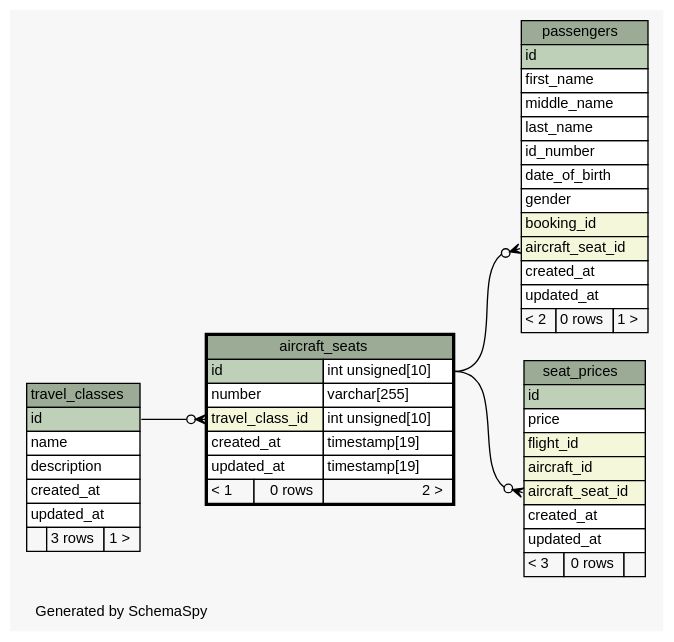
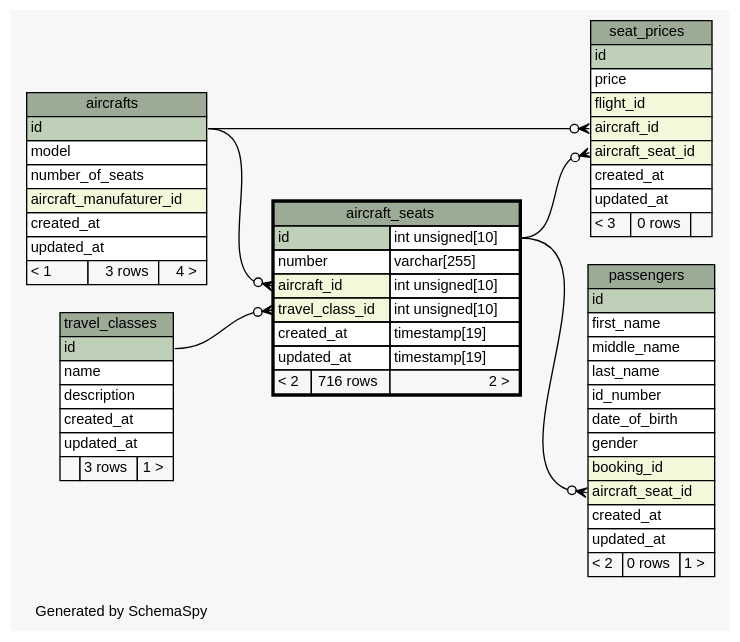
The diagram in web/app/database/schema/diagrams/aircraft_seats.1degree.dot (joaonzangoII/flightbookingsystem), drawn with Graphviz before and after one commit. The commit also changed 149 other files, not shown here.

```diff
--- a/web/app/database/schema/diagrams/aircraft_seats.1degree.dot
+++ b/web/app/database/schema/diagrams/aircraft_seats.1degree.dot
@@ -1,89 +1,107 @@
 // dot 2.38.0 on Linux 4.8.0-46-generic
 // SchemaSpy rev 590
 digraph "oneDegreeRelationshipsDiagram" {
   graph [
     rankdir="RL"
     bgcolor="#f7f7f7"
     label="\nGenerated by SchemaSpy"
     labeljust="l"
     nodesep="0.18"
     ranksep="0.46"
     fontname="Helvetica"
     fontsize="11"
   ];
   node [
     fontname="Helvetica"
     fontsize="11"
     shape="plaintext"
   ];
   edge [
     arrowsize="0.8"
   ];
+  "aircraft_seats":"aircraft_id":w -> "aircrafts":"id":e [arrowhead=none dir=back arrowtail=crowodot];
   "aircraft_seats":"travel_class_id":w -> "travel_classes":"id":e [arrowhead=none dir=back arrowtail=crowodot];
   "passengers":"aircraft_seat_id":w -> "aircraft_seats":"id.type":e [arrowhead=none dir=back arrowtail=crowodot];
+  "seat_prices":"aircraft_id":w -> "aircrafts":"id":e [arrowhead=none dir=back arrowtail=crowodot];
   "seat_prices":"aircraft_seat_id":w -> "aircraft_seats":"id.type":e [arrowhead=none dir=back arrowtail=crowodot];
   "aircraft_seats" [
     label=<
     <TABLE BORDER="2" CELLBORDER="1" CELLSPACING="0" BGCOLOR="#ffffff">
       <TR><TD COLSPAN="3" BGCOLOR="#9bab96" ALIGN="CENTER">aircraft_seats</TD></TR>
       <TR><TD PORT="id" COLSPAN="2" BGCOLOR="#bed1b8" ALIGN="LEFT">id</TD><TD PORT="id.type" ALIGN="LEFT">int unsigned[10]</TD></TR>
       <TR><TD PORT="number" COLSPAN="2" ALIGN="LEFT">number</TD><TD PORT="number.type" ALIGN="LEFT">varchar[255]</TD></TR>
+      <TR><TD PORT="aircraft_id" COLSPAN="2" BGCOLOR="#f4f7da" ALIGN="LEFT">aircraft_id</TD><TD PORT="aircraft_id.type" ALIGN="LEFT">int unsigned[10]</TD></TR>
       <TR><TD PORT="travel_class_id" COLSPAN="2" BGCOLOR="#f4f7da" ALIGN="LEFT">travel_class_id</TD><TD PORT="travel_class_id.type" ALIGN="LEFT">int unsigned[10]</TD></TR>
       <TR><TD PORT="created_at" COLSPAN="2" ALIGN="LEFT">created_at</TD><TD PORT="created_at.type" ALIGN="LEFT">timestamp[19]</TD></TR>
       <TR><TD PORT="updated_at" COLSPAN="2" ALIGN="LEFT">updated_at</TD><TD PORT="updated_at.type" ALIGN="LEFT">timestamp[19]</TD></TR>
-      <TR><TD ALIGN="LEFT" BGCOLOR="#f7f7f7">&lt; 1</TD><TD ALIGN="RIGHT" BGCOLOR="#f7f7f7">0 rows</TD><TD ALIGN="RIGHT" BGCOLOR="#f7f7f7">2 &gt;</TD></TR>
+      <TR><TD ALIGN="LEFT" BGCOLOR="#f7f7f7">&lt; 2</TD><TD ALIGN="RIGHT" BGCOLOR="#f7f7f7">716 rows</TD><TD ALIGN="RIGHT" BGCOLOR="#f7f7f7">2 &gt;</TD></TR>
     </TABLE>>
     URL="aircraft_seats.html"
     tooltip="aircraft_seats"
+  ];
+  "aircrafts" [
+    label=<
+    <TABLE BORDER="0" CELLBORDER="1" CELLSPACING="0" BGCOLOR="#ffffff">
+      <TR><TD COLSPAN="3" BGCOLOR="#9bab96" ALIGN="CENTER">aircrafts</TD></TR>
+      <TR><TD PORT="id" COLSPAN="3" BGCOLOR="#bed1b8" ALIGN="LEFT">id</TD></TR>
+      <TR><TD PORT="model" COLSPAN="3" ALIGN="LEFT">model</TD></TR>
+      <TR><TD PORT="number_of_seats" COLSPAN="3" ALIGN="LEFT">number_of_seats</TD></TR>
+      <TR><TD PORT="aircraft_manufaturer_id" COLSPAN="3" BGCOLOR="#f4f7da" ALIGN="LEFT">aircraft_manufaturer_id</TD></TR>
+      <TR><TD PORT="created_at" COLSPAN="3" ALIGN="LEFT">created_at</TD></TR>
+      <TR><TD PORT="updated_at" COLSPAN="3" ALIGN="LEFT">updated_at</TD></TR>
+      <TR><TD ALIGN="LEFT" BGCOLOR="#f7f7f7">&lt; 1</TD><TD ALIGN="RIGHT" BGCOLOR="#f7f7f7">3 rows</TD><TD ALIGN="RIGHT" BGCOLOR="#f7f7f7">4 &gt;</TD></TR>
+    </TABLE>>
+    URL="aircrafts.html"
+    tooltip="aircrafts"
   ];
   "passengers" [
     label=<
     <TABLE BORDER="0" CELLBORDER="1" CELLSPACING="0" BGCOLOR="#ffffff">
       <TR><TD COLSPAN="3" BGCOLOR="#9bab96" ALIGN="CENTER">passengers</TD></TR>
       <TR><TD PORT="id" COLSPAN="3" BGCOLOR="#bed1b8" ALIGN="LEFT">id</TD></TR>
       <TR><TD PORT="first_name" COLSPAN="3" ALIGN="LEFT">first_name</TD></TR>
       <TR><TD PORT="middle_name" COLSPAN="3" ALIGN="LEFT">middle_name</TD></TR>
       <TR><TD PORT="last_name" COLSPAN="3" ALIGN="LEFT">last_name</TD></TR>
       <TR><TD PORT="id_number" COLSPAN="3" ALIGN="LEFT">id_number</TD></TR>
       <TR><TD PORT="date_of_birth" COLSPAN="3" ALIGN="LEFT">date_of_birth</TD></TR>
       <TR><TD PORT="gender" COLSPAN="3" ALIGN="LEFT">gender</TD></TR>
       <TR><TD PORT="booking_id" COLSPAN="3" BGCOLOR="#f4f7da" ALIGN="LEFT">booking_id</TD></TR>
       <TR><TD PORT="aircraft_seat_id" COLSPAN="3" BGCOLOR="#f4f7da" ALIGN="LEFT">aircraft_seat_id</TD></TR>
       <TR><TD PORT="created_at" COLSPAN="3" ALIGN="LEFT">created_at</TD></TR>
       <TR><TD PORT="updated_at" COLSPAN="3" ALIGN="LEFT">updated_at</TD></TR>
       <TR><TD ALIGN="LEFT" BGCOLOR="#f7f7f7">&lt; 2</TD><TD ALIGN="RIGHT" BGCOLOR="#f7f7f7">0 rows</TD><TD ALIGN="RIGHT" BGCOLOR="#f7f7f7">1 &gt;</TD></TR>
     </TABLE>>
     URL="passengers.html"
     tooltip="passengers"
   ];
   "seat_prices" [
     label=<
     <TABLE BORDER="0" CELLBORDER="1" CELLSPACING="0" BGCOLOR="#ffffff">
       <TR><TD COLSPAN="3" BGCOLOR="#9bab96" ALIGN="CENTER">seat_prices</TD></TR>
       <TR><TD PORT="id" COLSPAN="3" BGCOLOR="#bed1b8" ALIGN="LEFT">id</TD></TR>
       <TR><TD PORT="price" COLSPAN="3" ALIGN="LEFT">price</TD></TR>
       <TR><TD PORT="flight_id" COLSPAN="3" BGCOLOR="#f4f7da" ALIGN="LEFT">flight_id</TD></TR>
       <TR><TD PORT="aircraft_id" COLSPAN="3" BGCOLOR="#f4f7da" ALIGN="LEFT">aircraft_id</TD></TR>
       <TR><TD PORT="aircraft_seat_id" COLSPAN="3" BGCOLOR="#f4f7da" ALIGN="LEFT">aircraft_seat_id</TD></TR>
       <TR><TD PORT="created_at" COLSPAN="3" ALIGN="LEFT">created_at</TD></TR>
       <TR><TD PORT="updated_at" COLSPAN="3" ALIGN="LEFT">updated_at</TD></TR>
       <TR><TD ALIGN="LEFT" BGCOLOR="#f7f7f7">&lt; 3</TD><TD ALIGN="RIGHT" BGCOLOR="#f7f7f7">0 rows</TD><TD ALIGN="RIGHT" BGCOLOR="#f7f7f7">  </TD></TR>
     </TABLE>>
     URL="seat_prices.html"
     tooltip="seat_prices"
   ];
   "travel_classes" [
     label=<
     <TABLE BORDER="0" CELLBORDER="1" CELLSPACING="0" BGCOLOR="#ffffff">
       <TR><TD COLSPAN="3" BGCOLOR="#9bab96" ALIGN="CENTER">travel_classes</TD></TR>
       <TR><TD PORT="id" COLSPAN="3" BGCOLOR="#bed1b8" ALIGN="LEFT">id</TD></TR>
       <TR><TD PORT="name" COLSPAN="3" ALIGN="LEFT">name</TD></TR>
       <TR><TD PORT="description" COLSPAN="3" ALIGN="LEFT">description</TD></TR>
       <TR><TD PORT="created_at" COLSPAN="3" ALIGN="LEFT">created_at</TD></TR>
       <TR><TD PORT="updated_at" COLSPAN="3" ALIGN="LEFT">updated_at</TD></TR>
       <TR><TD ALIGN="LEFT" BGCOLOR="#f7f7f7">  </TD><TD ALIGN="RIGHT" BGCOLOR="#f7f7f7">3 rows</TD><TD ALIGN="RIGHT" BGCOLOR="#f7f7f7">1 &gt;</TD></TR>
     </TABLE>>
     URL="travel_classes.html"
     tooltip="travel_classes"
   ];
 }
```
